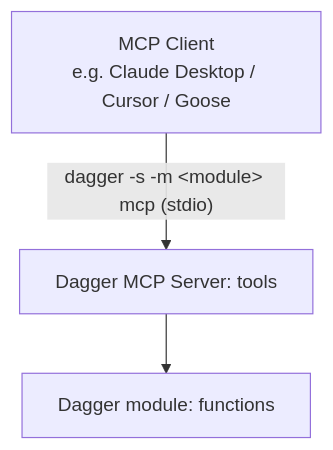
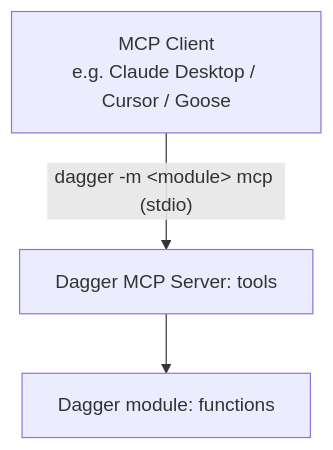
The second of 2 diagrams in docs/current_docs/features/llm.mdx (dagger/dagger), drawn with Mermaid before and after one commit. The commit also changed other lines of this file, not shown here.

Commit message:
docs: Add minor fixes to LLM feature page

````diff
--- a/docs/current_docs/features/llm.mdx
+++ b/docs/current_docs/features/llm.mdx
@@ -104,5 +104,5 @@
 ```mermaid
 flowchart TD
-    A["MCP Client<br>e.g. Claude Desktop / Cursor / Goose"] -- "dagger -s -m &lt;module&gt; mcp (stdio)" --> C["Dagger MCP Server: tools"]
+    A["MCP Client<br>e.g. Claude Desktop / Cursor / Goose"] -- "dagger -m &lt;module&gt; mcp (stdio)" --> C["Dagger MCP Server: tools"]
     C --> E["Dagger module: functions"]
 ```
````
